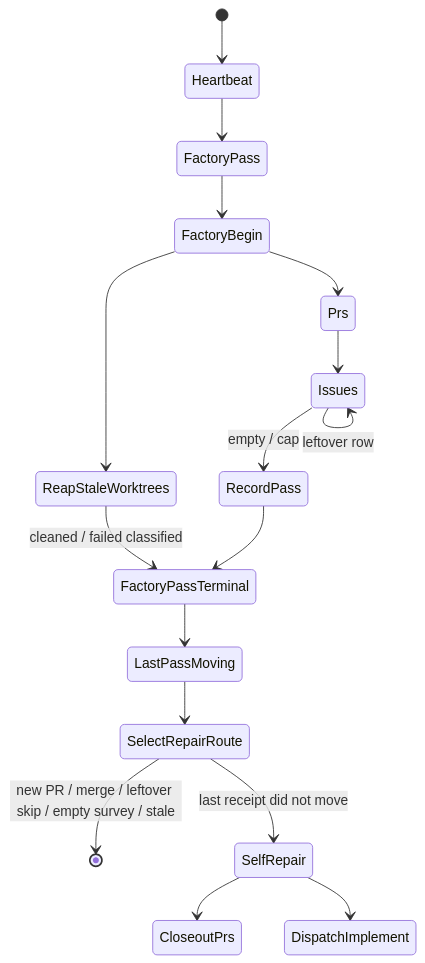
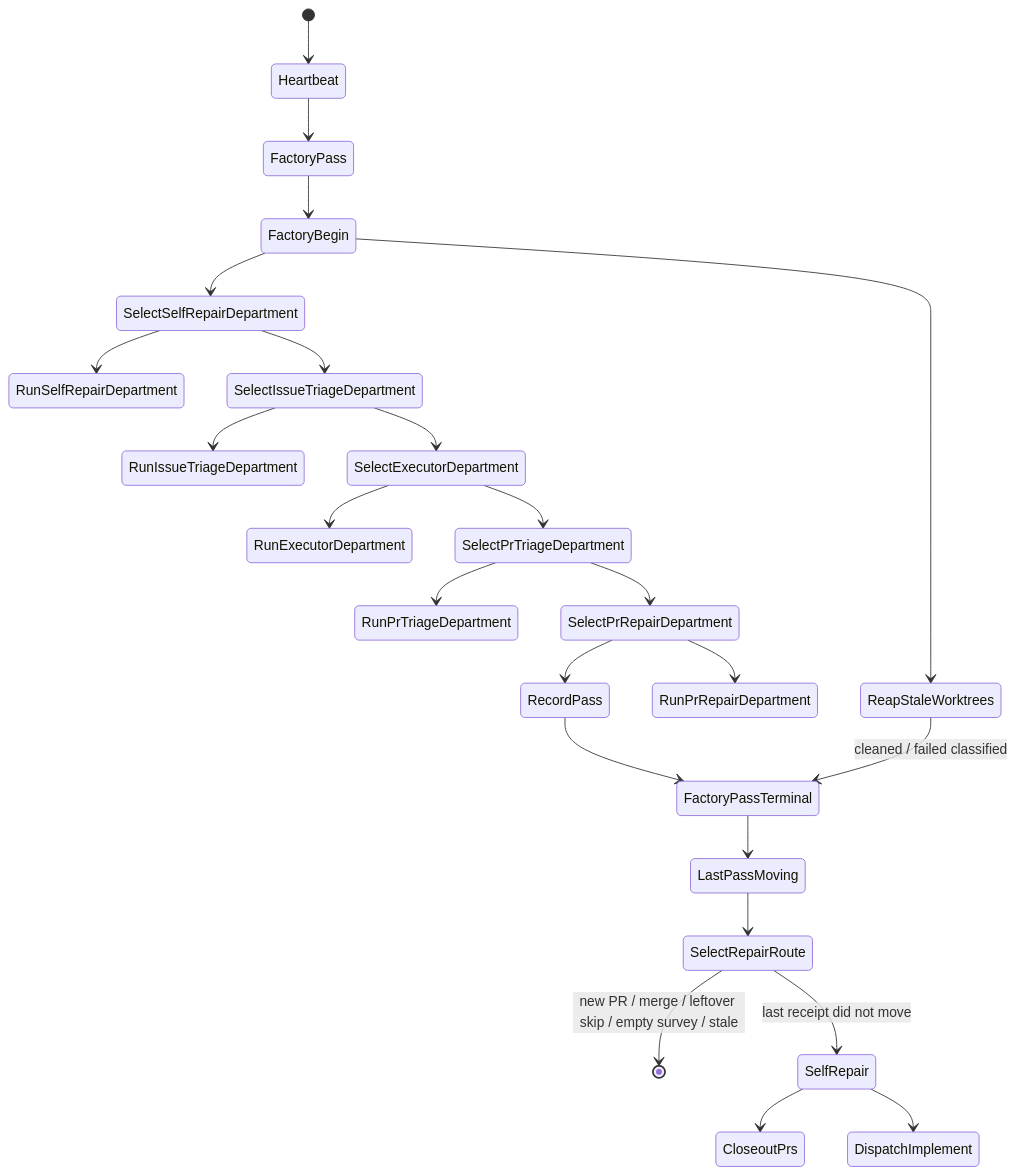
The first of 46 diagrams in README.md (mikolaj92/lokay), drawn with Mermaid before and after one commit. The commit also changed other lines of this file and 30 other files, not shown here.

First line of the commit message:
Wire five named Fala departments on the factory_pass parent.

````diff
--- a/README.md
+++ b/README.md
@@ -79,19 +79,26 @@
 ```mermaid
 stateDiagram-v2
     [*] --> Heartbeat
     Heartbeat --> FactoryPass
     FactoryPass --> FactoryBegin
-    FactoryBegin --> Prs
     FactoryBegin --> ReapStaleWorktrees
-    Prs --> Issues
-    Issues --> Issues: leftover row
-    Issues --> RecordPass: empty / cap
+    FactoryBegin --> SelectSelfRepairDepartment
+    SelectSelfRepairDepartment --> RunSelfRepairDepartment
+    SelectSelfRepairDepartment --> SelectIssueTriageDepartment
+    SelectIssueTriageDepartment --> RunIssueTriageDepartment
+    SelectIssueTriageDepartment --> SelectExecutorDepartment
+    SelectExecutorDepartment --> RunExecutorDepartment
+    SelectExecutorDepartment --> SelectPrTriageDepartment
+    SelectPrTriageDepartment --> RunPrTriageDepartment
+    SelectPrTriageDepartment --> SelectPrRepairDepartment
+    SelectPrRepairDepartment --> RunPrRepairDepartment
+    SelectPrRepairDepartment --> RecordPass
     RecordPass --> FactoryPassTerminal
     ReapStaleWorktrees --> FactoryPassTerminal: cleaned / failed classified
     FactoryPassTerminal --> LastPassMoving
     LastPassMoving --> SelectRepairRoute
     SelectRepairRoute --> [*]: new PR / merge / leftover skip / empty survey / stale
     SelectRepairRoute --> SelfRepair: last receipt did not move
     SelfRepair --> CloseoutPrs
     SelfRepair --> DispatchImplement
 ```
````
